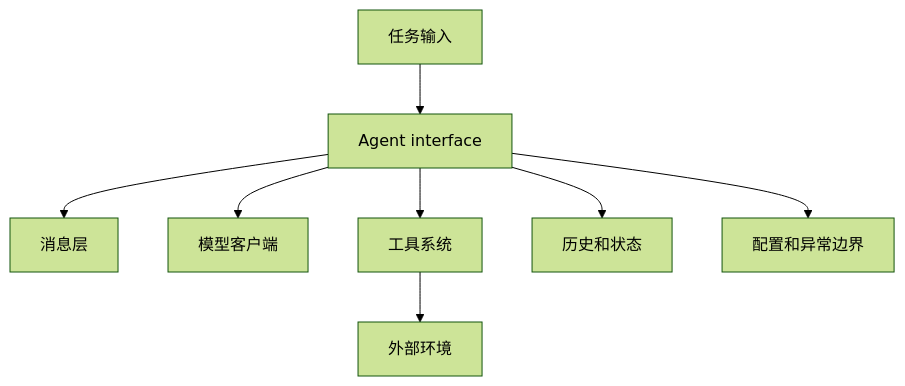
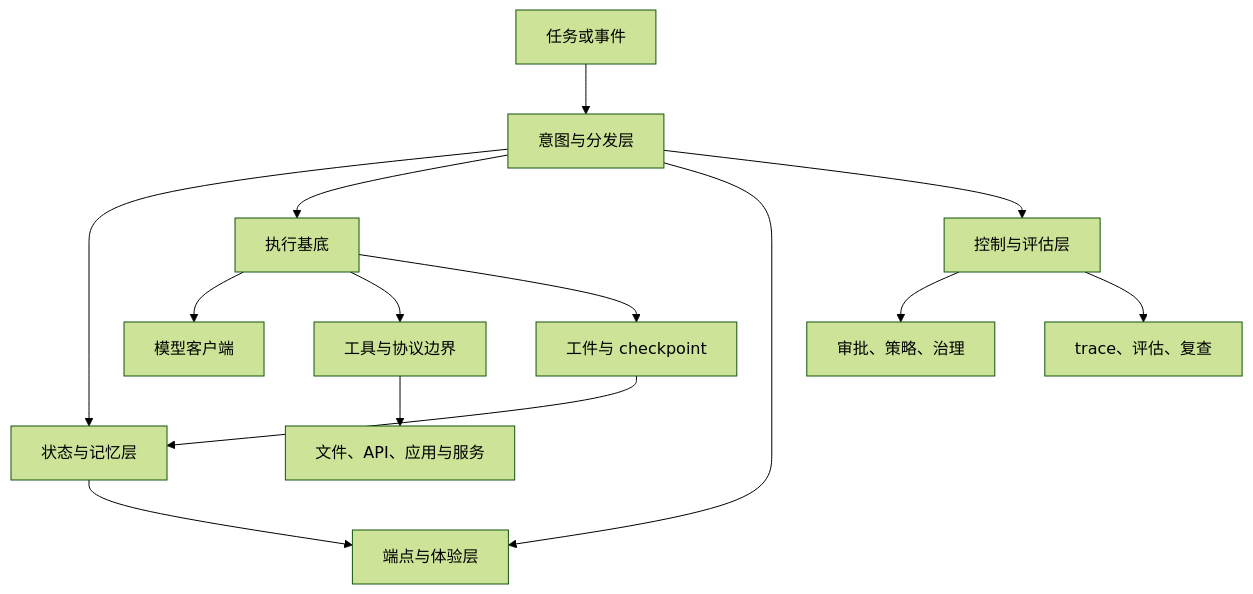
The diagram in zh-Hans/patterns/agent-runtime-building-blocks.mdx (Prompthon-IO/agent-systems-handbook), drawn with Mermaid (forest theme) before and after one commit. The commit also changed other lines of this file and 5 other files, not shown here.

````diff
--- a/zh-Hans/patterns/agent-runtime-building-blocks.mdx
+++ b/zh-Hans/patterns/agent-runtime-building-blocks.mdx
@@ -53,10 +86,16 @@
 ```mermaid
 flowchart TD
-  Input["任务输入"] --> Agent["Agent interface"]
-  Agent --> Messages["消息层"]
-  Agent --> Model["模型客户端"]
-  Agent --> Tools["工具系统"]
-  Agent --> State["历史和状态"]
-  Agent --> Errors["配置和异常边界"]
-  Tools --> Environment["外部环境"]
+  Input["任务或事件"] --> Dispatch["意图与分发层"]
+  Dispatch --> State["状态与记忆层"]
+  Dispatch --> Sandbox["执行基底"]
+  Dispatch --> Endpoint["端点与体验层"]
+  Sandbox --> Model["模型客户端"]
+  Sandbox --> Tools["工具与协议边界"]
+  Tools --> External["文件、API、应用与服务"]
+  Sandbox --> Artifacts["工件与 checkpoint"]
+  Dispatch --> Control["控制与评估层"]
+  Control --> Policy["审批、策略、治理"]
+  Control --> Traces["trace、评估、复查"]
+  State --> Endpoint
+  Artifacts --> State
 ```
````
